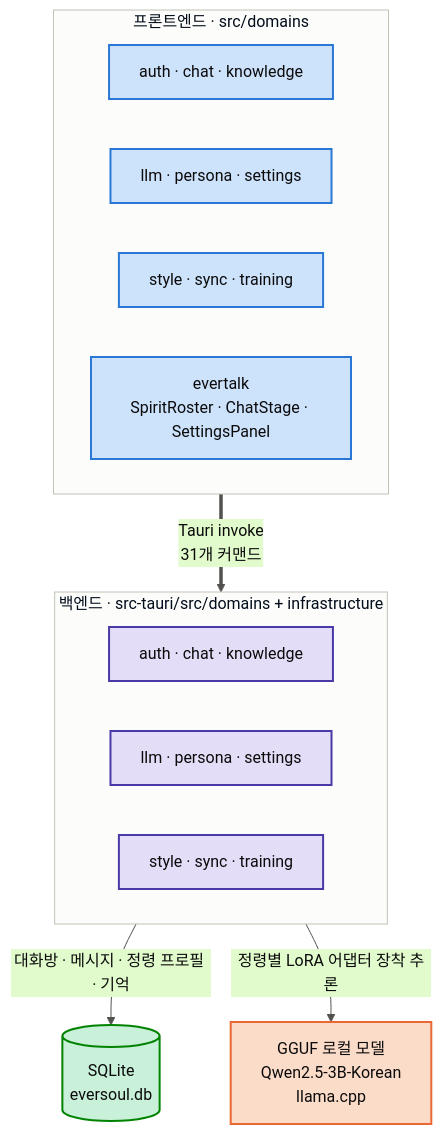
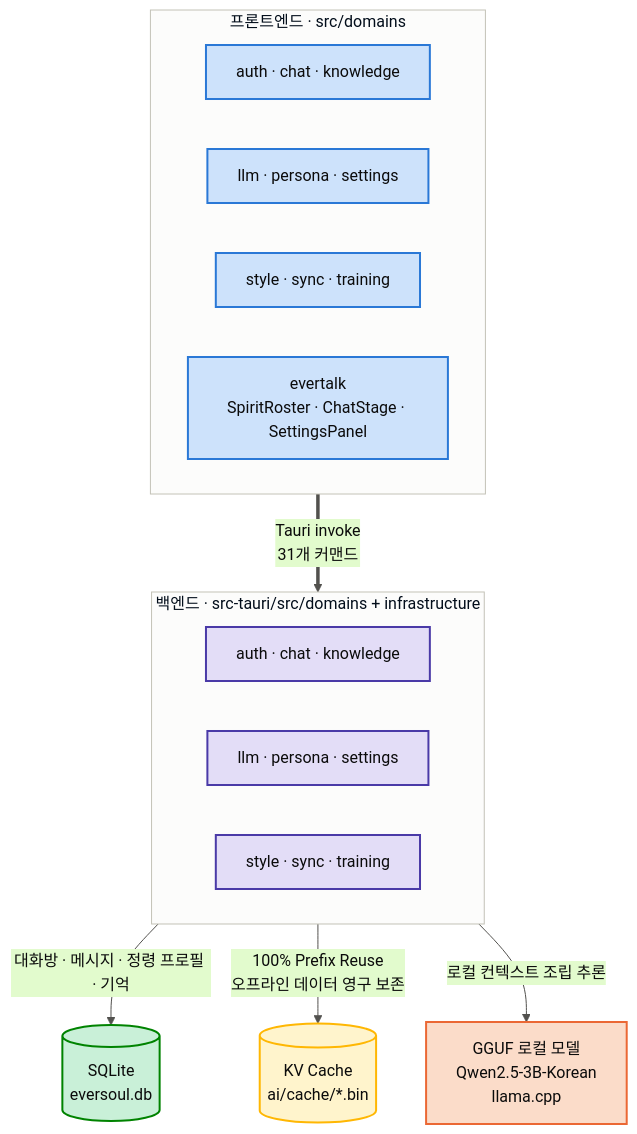
One commit to GarnetRapture/eversoul-ai-chat changed the diagram in README.md. Above: the diagram before and after it, drawn with Mermaid. The commit also changed other lines of this file and 28 other files, not shown here.

````diff
--- a/README.md
+++ b/README.md
@@ -211,33 +211,36 @@
 ```mermaid
 %%{init: {'theme': 'base', 'themeVariables': {'primaryColor': '#cde2fb', 'primaryBorderColor': '#2a78d6', 'primaryTextColor': '#0b0b0b', 'lineColor': '#52514e', 'clusterBkg': '#fcfcfb', 'clusterBorder': '#c3c2b7', 'fontFamily': 'system-ui, -apple-system, Segoe UI, sans-serif'}}}%%
 flowchart TB
     subgraph FE["프론트엔드 · src/domains"]
         direction LR
         FE1["auth · chat · knowledge"]
         FE2["llm · persona · settings"]
         FE3["style · sync · training"]
         FE4["evertalk<br/>SpiritRoster · ChatStage · SettingsPanel"]
     end
 
     FE == "Tauri invoke<br/>31개 커맨드" ==> BE
 
     subgraph BE["백엔드 · src-tauri/src/domains + infrastructure"]
         direction LR
         BE1["auth · chat · knowledge"]
         BE2["llm · persona · settings"]
         BE3["style · sync · training"]
     end
 
     BE -- "대화방 · 메시지 · 정령 프로필 · 기억" --> DB[("SQLite<br/>eversoul.db")]
-    BE -- "정령별 LoRA 어댑터 장착 추론" --> LLM["GGUF 로컬 모델<br/>Qwen2.5-3B-Korean<br/>llama.cpp"]
+    BE -- "100% Prefix Reuse<br/>오프라인 데이터 영구 보존" --> CACHE[("KV Cache<br/>ai/cache/*.bin")]
+    BE -- "로컬 컨텍스트 조립 추론" --> LLM["GGUF 로컬 모델<br/>Qwen2.5-3B-Korean<br/>llama.cpp"]
 
     classDef feStyle fill:#cde2fb,stroke:#2a78d6,stroke-width:2px,color:#0b0b0b
     classDef beStyle fill:#e3ddf7,stroke:#4a3aa7,stroke-width:2px,color:#0b0b0b
     classDef dbStyle fill:#c9f0d8,stroke:#008300,stroke-width:2px,color:#0b0b0b
     classDef llmStyle fill:#fbdcc9,stroke:#eb6834,stroke-width:2px,color:#0b0b0b
+    classDef cacheStyle fill:#fff4cc,stroke:#ffb703,stroke-width:2px,color:#0b0b0b
 
     class FE1,FE2,FE3,FE4 feStyle
     class BE1,BE2,BE3 beStyle
     class DB dbStyle
     class LLM llmStyle
+    class CACHE cacheStyle
 ```
````
